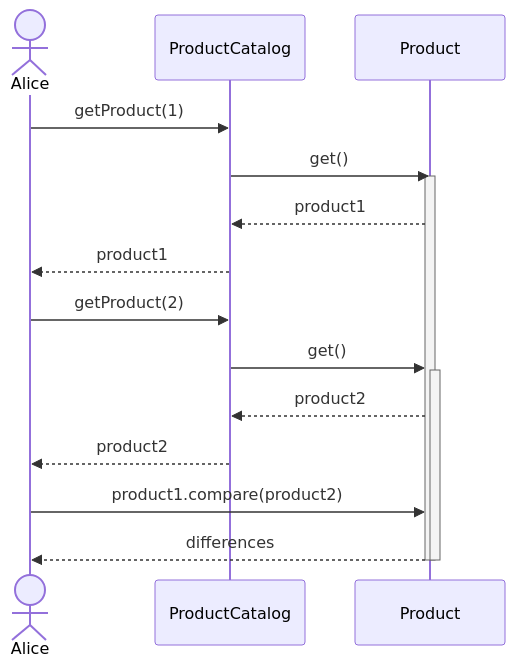
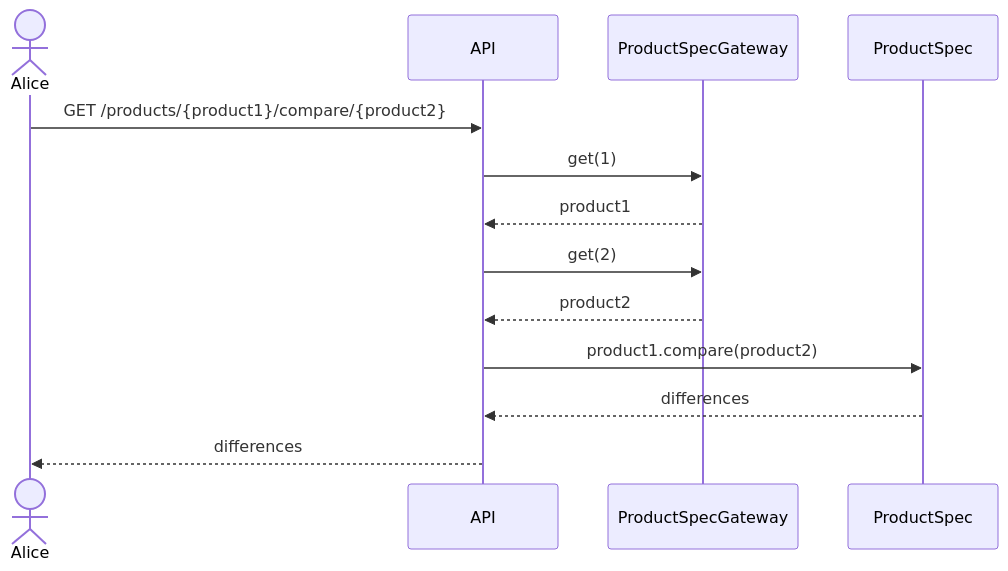
One commit to hivetown/planning changed diagram 13 of 32 in sequence.md. Above: the diagram before and after it, drawn with Mermaid. The commit also changed other lines of this file, not shown here.

````diff
--- a/sequence.md
+++ b/sequence.md
@@ -321,24 +373,20 @@
 ```mermaid
 sequenceDiagram
     actor A as Alice
-    participant PC as ProductCatalog
-    participant P as Product
+    participant API
+    participant PSG as ProductSpecGateway
+    participant PS as ProductSpec
 
-    A ->> PC: getProduct(1)
-    PC ->> P: get()
-    activate P
-    P -->> PC: product1
-    PC -->> A: product1
+    A ->> API: GET /products/{product1}/compare/{product2}
 
-    A ->> PC: getProduct(2)
-    PC ->> P: get()
-    activate P
-    P -->> PC: product2
-    PC -->> A: product2
+    API ->> PSG: get(1)
+    PSG -->> API: product1
 
-    A ->> P: product1.compare(product2)
-    P -->> A: differences
+    API ->> PSG: get(2)
+    PSG -->> API: product2
 
-    deactivate P
-    deactivate P
+    API ->> PS: product1.compare(product2)
+    PS -->> API: differences
+
+    API -->> A: differences
 ```
````
